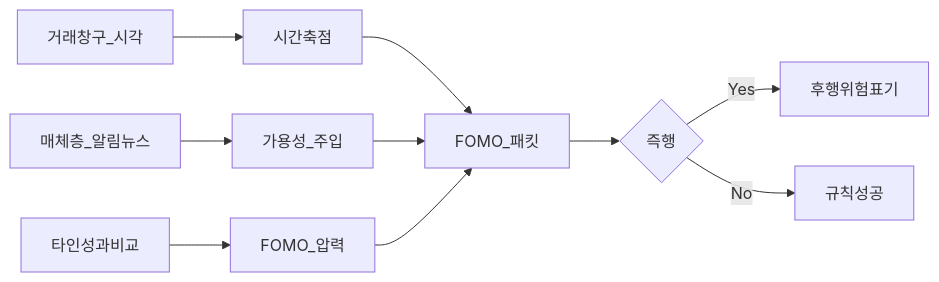
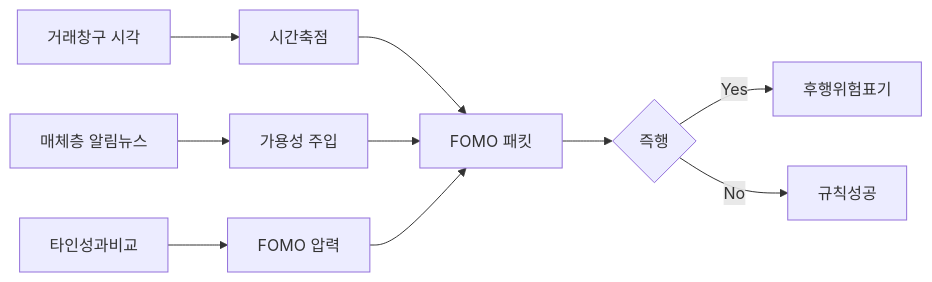
One commit to goldanghenry/Finances changed the second of 5 diagrams in 05-behavioral/investment-journal-psychology.md. Above: the diagram before and after it, drawn with Mermaid. The commit also changed other lines of this file and 211 other files, not shown here.

````diff
--- a/05-behavioral/investment-journal-psychology.md
+++ b/05-behavioral/investment-journal-psychology.md
@@ -142,12 +156,12 @@
 ```mermaid
 flowchart LR
-  t[거래창구_시각] --> f1[시간축점]
-  m[매체층_알림뉴스] --> f2[가용성_주입]
-  s[타인성과비교] --> f3[FOMO_압력]
-  f1 --> pack[FOMO_패킷]
+  t["거래창구 시각"] --> f1[시간축점]
+  m["매체층 알림뉴스"] --> f2["가용성 주입"]
+  s[타인성과비교] --> f3["FOMO 압력"]
+  f1 --> pack["FOMO 패킷"]
   f2 --> pack
   f3 --> pack
   pack --> act{즉행}
   act -->|Yes| logy[후행위험표기]
   act -->|No| cool[규칙성공]
 ```
````
